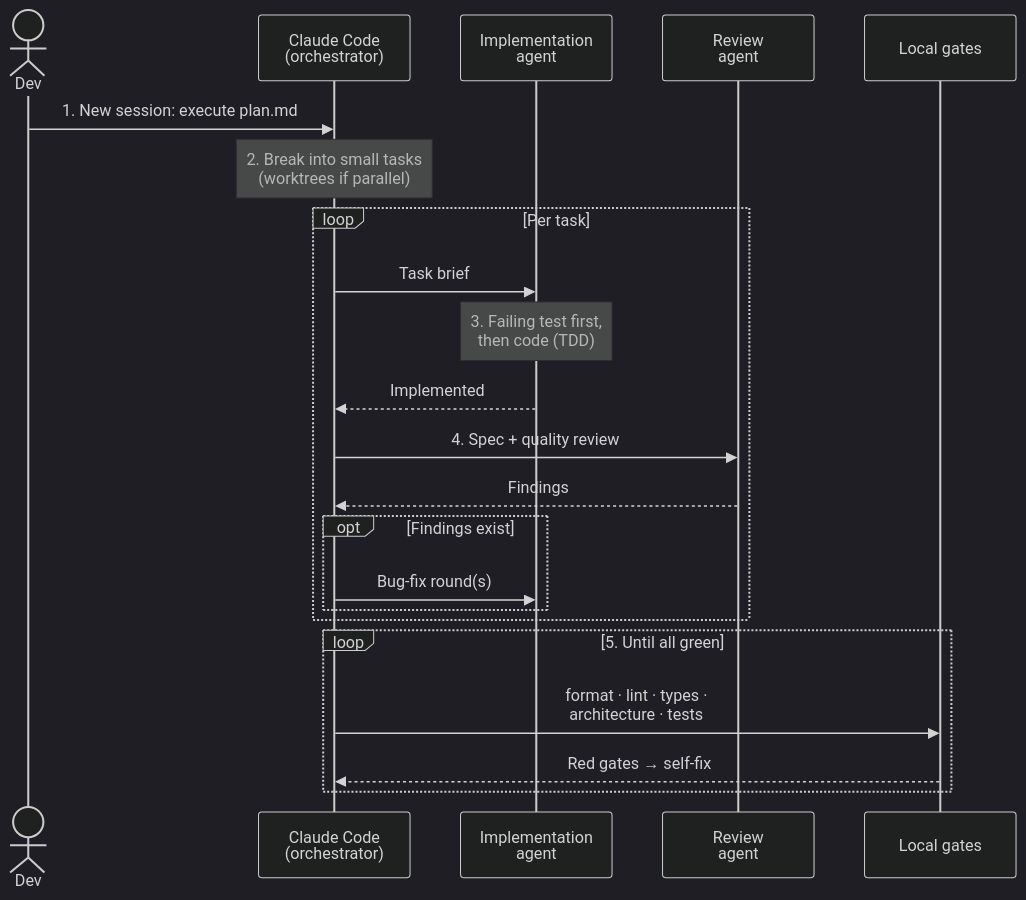
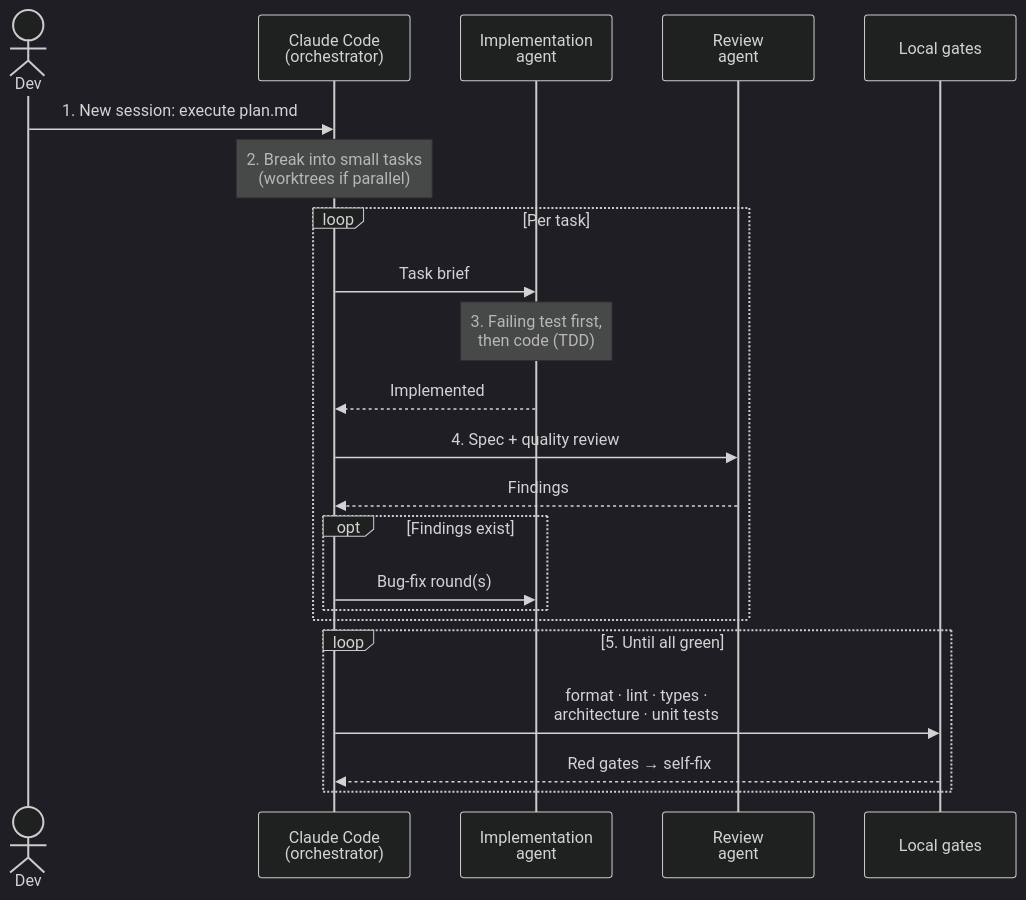
Before and after one commit to Seta-International/ai-sdlc-metrics: the fourth of 6 diagrams in docs/aidc-workflow-future.md, drawn with Mermaid (dark theme). The commit also changed other lines of this file, not shown here.

Commit message:
docs: fix gate/e2e/scan facts per review, bullet the enumeration cells

````diff
--- a/docs/aidc-workflow-future.md
+++ b/docs/aidc-workflow-future.md
@@ -149,25 +149,25 @@
 ```mermaid
 sequenceDiagram
     actor Dev
     participant Orch as Claude Code<br/>(orchestrator)
     participant Impl as Implementation<br/>agent
     participant Rev as Review<br/>agent
     participant Gate as Local gates
 
     Dev->>Orch: 1. New session: execute plan.md
     Note over Orch: 2. Break into small tasks<br/>(worktrees if parallel)
     loop Per task
         Orch->>Impl: Task brief
         Note over Impl: 3. Failing test first,<br/>then code (TDD)
         Impl-->>Orch: Implemented
         Orch->>Rev: 4. Spec + quality review
         Rev-->>Orch: Findings
         opt Findings exist
             Orch->>Impl: Bug-fix round(s)
         end
     end
     loop 5. Until all green
-        Orch->>Gate: format · lint · types ·<br/>architecture · tests
+        Orch->>Gate: format · lint · types ·<br/>architecture · unit tests
         Gate-->>Orch: Red gates → self-fix
     end
 ```
````
